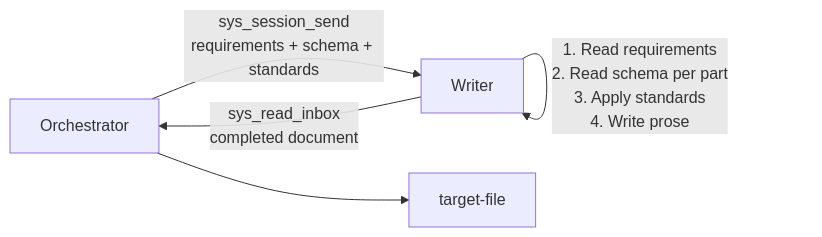
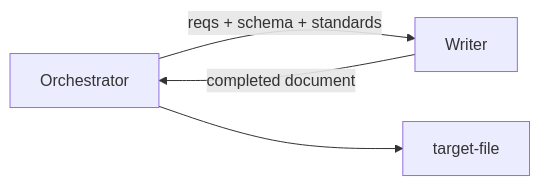
The fourth of 8 diagrams in docs/planning/orchestration-flow.md (Jyoti-Ranjan-Das845/writing-suite), drawn with Mermaid before and after one commit. The commit also changed other lines of this file and 2 other files, not shown here.

First line of the commit message:
docs: fix Mermaid diagrams for GitHub rendering

````diff
--- a/docs/planning/orchestration-flow.md
+++ b/docs/planning/orchestration-flow.md
@@ -140,7 +128,6 @@
 ```mermaid
 flowchart LR
-    O[Orchestrator] -->|"sys_session_send\nrequirements + schema + standards"| W[Writer]
-    W -->|"1. Read requirements\n2. Read schema per part\n3. Apply standards\n4. Write prose"| W
-    W -->|"sys_read_inbox\ncompleted document"| O
+    O[Orchestrator] -->|reqs + schema + standards| W[Writer]
+    W -->|completed document| O
     O --> TGT[target-file]
 ```
````
